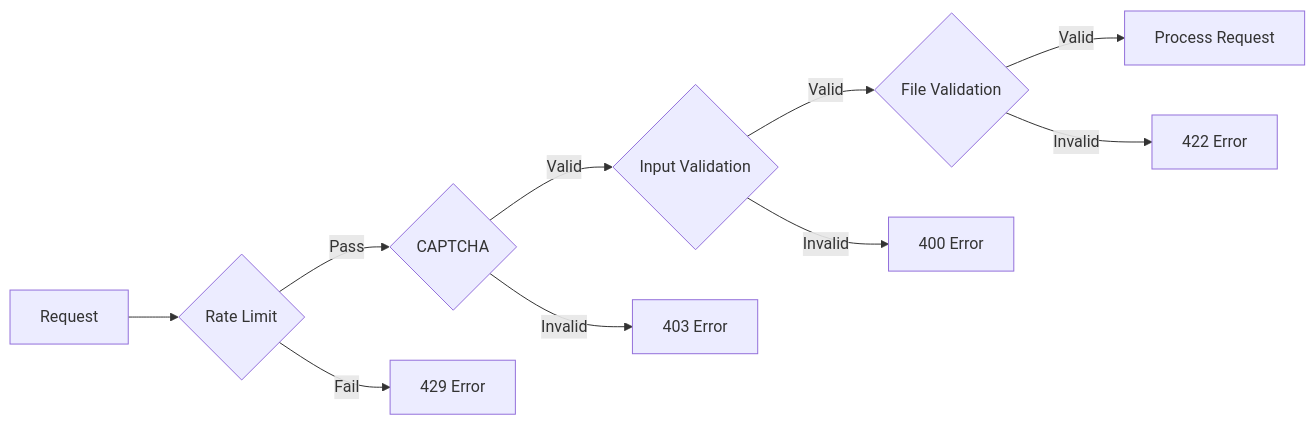
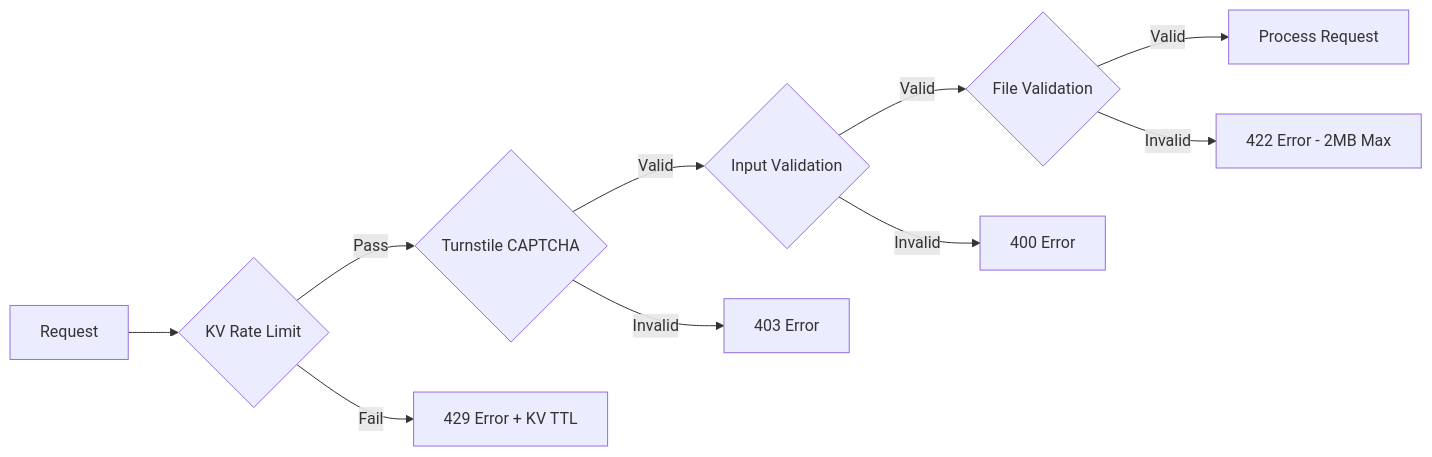
The third of 3 diagrams in docs/implementation/guest-booking-system/01-master-plan.md (okaeri-rh-dev/okaeri-resort-system), drawn with Mermaid before and after one commit. The commit also changed other lines of this file and 6 other files, not shown here.

````diff
--- a/docs/implementation/guest-booking-system/01-master-plan.md
+++ b/docs/implementation/guest-booking-system/01-master-plan.md
@@ -120,12 +138,12 @@
 ```mermaid
 graph LR
-    A[Request] --> B{Rate Limit}
-    B -->|Pass| C{CAPTCHA}
+    A[Request] --> B{KV Rate Limit}
+    B -->|Pass| C{Turnstile CAPTCHA}
     C -->|Valid| D{Input Validation}
     D -->|Valid| E{File Validation}
     E -->|Valid| F[Process Request]
-    B -->|Fail| G[429 Error]
+    B -->|Fail| G[429 Error + KV TTL]
     C -->|Invalid| H[403 Error]
     D -->|Invalid| I[400 Error]
-    E -->|Invalid| J[422 Error]
+    E -->|Invalid| J[422 Error - 2MB Max]
 ```
````
